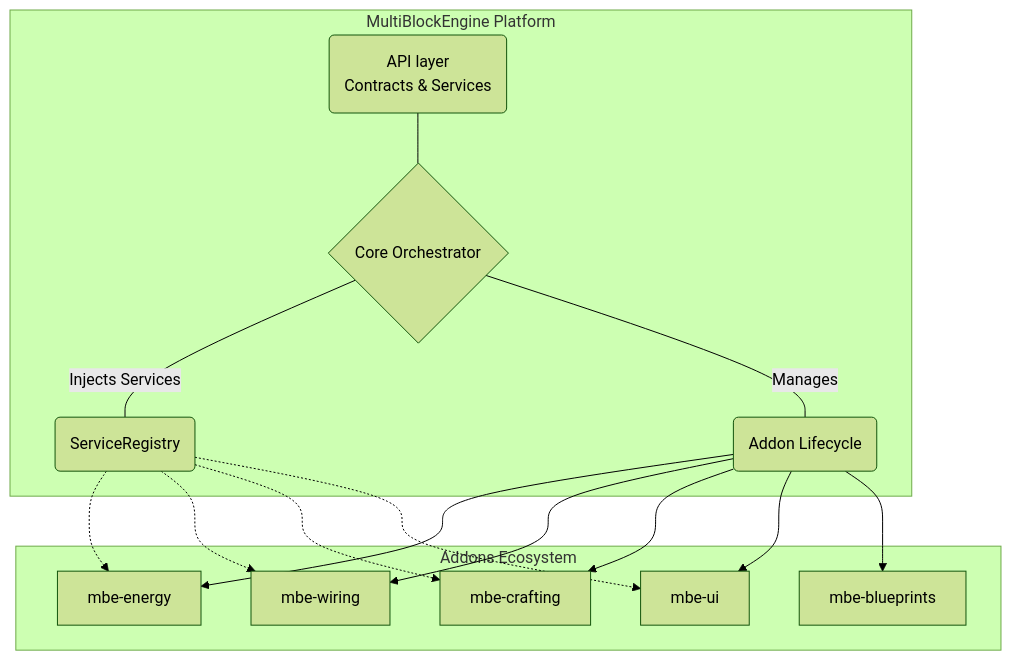
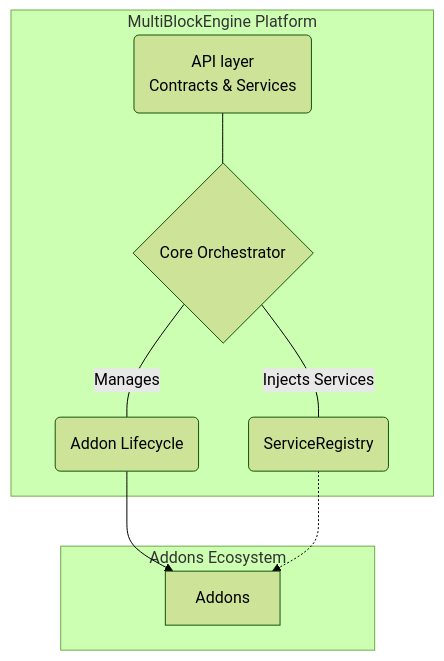
The diagram in README.md (Parallax-Development/MultiBlockEngine), drawn with Mermaid (forest theme) before and after one commit.

Commit message:
Consolidate addon references in README
Updated the Addons Ecosystem section in README.md to consolidate addon references.

````diff
--- a/README.md
+++ b/README.md
@@ -56,21 +56,14 @@
 ```mermaid
 graph TD
     subgraph MultiBlockEngine Platform
         A(API layer <br/> Contracts & Services) --- B{Core Orchestrator}
         B --- |Injects Services| C(ServiceRegistry)
         B --- |Manages| D(Addon Lifecycle)
     end
     
     subgraph Addons Ecosystem
-        D --> E[mbe-energy]
-        D --> F[mbe-wiring]
-        D --> G[mbe-crafting]
-        D --> H[mbe-ui]
-        D --> I[mbe-blueprints]
+        D --> E[Addons]
     end
     
     C -.-> E
-    C -.-> F
-    C -.-> G
-    C -.-> H
 ```
````
